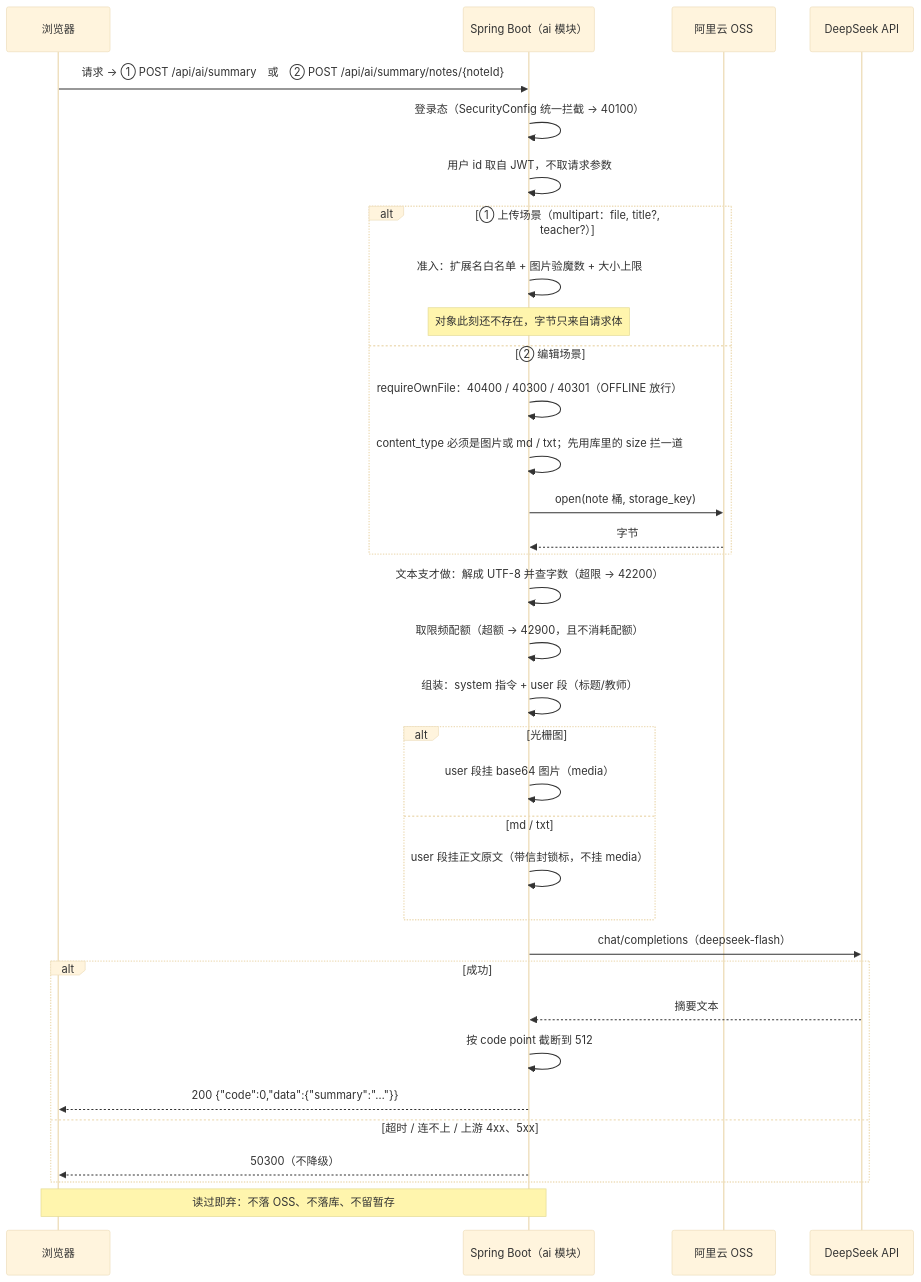
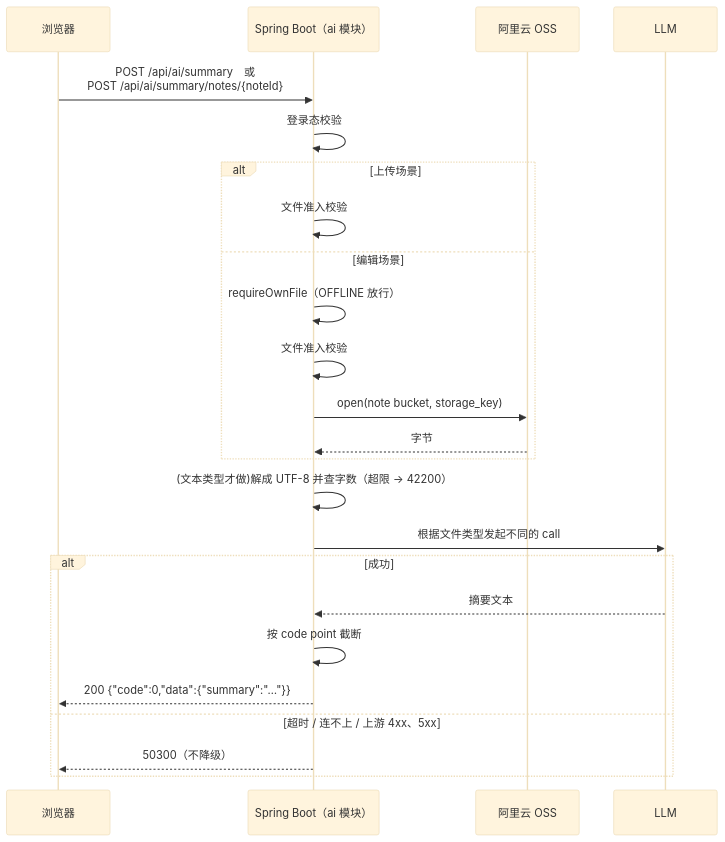
One commit to ShiwarHoufu/jotang-note changed the diagram in docs/功能说明/ai/自动生成摘要.md. Above: the diagram before and after it, drawn with Mermaid (base theme). The commit also changed other lines of this file and 21 other files, not shown here.

````diff
--- a/docs/功能说明/ai/自动生成摘要.md
+++ b/docs/功能说明/ai/自动生成摘要.md
@@ -35,39 +34,29 @@
 ```mermaid
 sequenceDiagram
     participant U as 浏览器
     participant A as Spring Boot（ai 模块）
     participant O as 阿里云 OSS
-    participant D as DeepSeek API
+    participant D as LLM
 
-    U->>A: 请求 → ① POST /api/ai/summary　或　② POST /api/ai/summary/notes/{noteId}
-    A->>A: 登录态（SecurityConfig 统一拦截 → 40100）
-    A->>A: 用户 id 取自 JWT，不取请求参数
+    U->>A: POST /api/ai/summary　或<br> POST /api/ai/summary/notes/{noteId}
+    A->>A: 登录态校验
 
-    alt ① 上传场景（multipart：file, title?, teacher?）
-        A->>A: 准入：扩展名白名单 + 图片验魔数 + 大小上限
-        Note over A: 对象此刻还不存在，字节只来自请求体
-    else ② 编辑场景
-        A->>A: requireOwnFile：40400 / 40300 / 40301（OFFLINE 放行）
-        A->>A: content_type 必须是图片或 md / txt；先用库里的 size 拦一道
-        A->>O: open(note 桶, storage_key)
+    alt 上传场景
+        A->>A: 文件准入校验
+    else 编辑场景
+        A->>A: requireOwnFile（OFFLINE 放行）
+        A->>A: 文件准入校验
+        A->>O: open(note bucket, storage_key)
         O-->>A: 字节
     end
 
-    A->>A: 文本支才做：解成 UTF-8 并查字数（超限 → 42200）
-    A->>A: 取限频配额（超额 → 42900，且不消耗配额）
-    A->>A: 组装：system 指令 + user 段（标题/教师）
-    alt 光栅图
-        A->>A: user 段挂 base64 图片（media）
-    else md / txt
-        A->>A: user 段挂正文原文（带信封锁标，不挂 media）
-    end
-    A->>D: chat/completions（deepseek-flash）
+    A->>A: (文本类型才做)解成 UTF-8 并查字数（超限 → 42200）
+    A->>D: 根据文件类型发起不同的 call
     alt 成功
         D-->>A: 摘要文本
-        A->>A: 按 code point 截断到 512
+        A->>A: 按 code point 截断
         A-->>U: 200 {"code":0,"data":{"summary":"…"}}
     else 超时 / 连不上 / 上游 4xx、5xx
         A-->>U: 50300（不降级）
     end
-    Note over A,U: 读过即弃：不落 OSS、不落库、不留暂存
 ```
````
